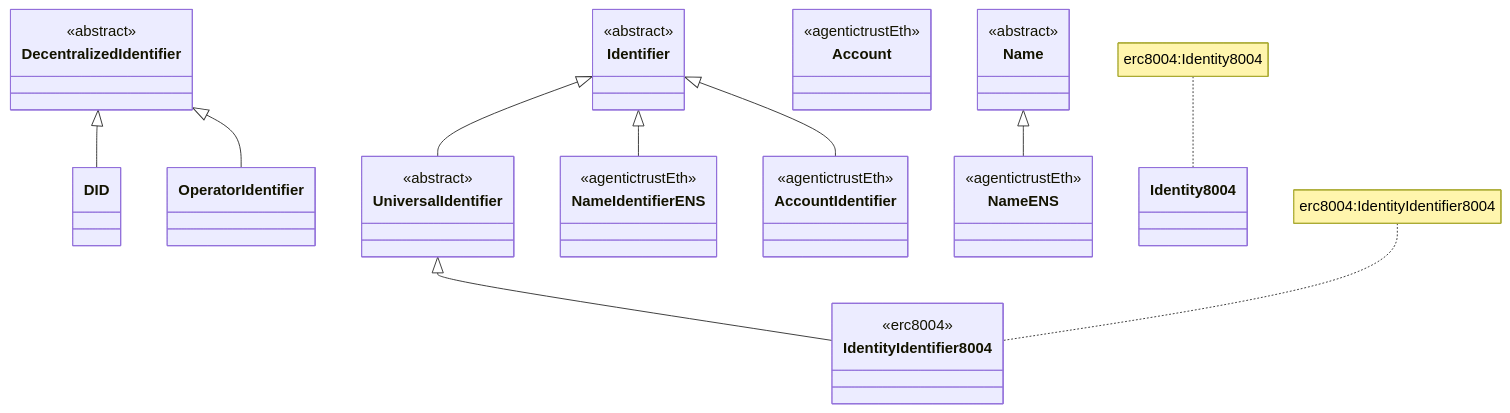
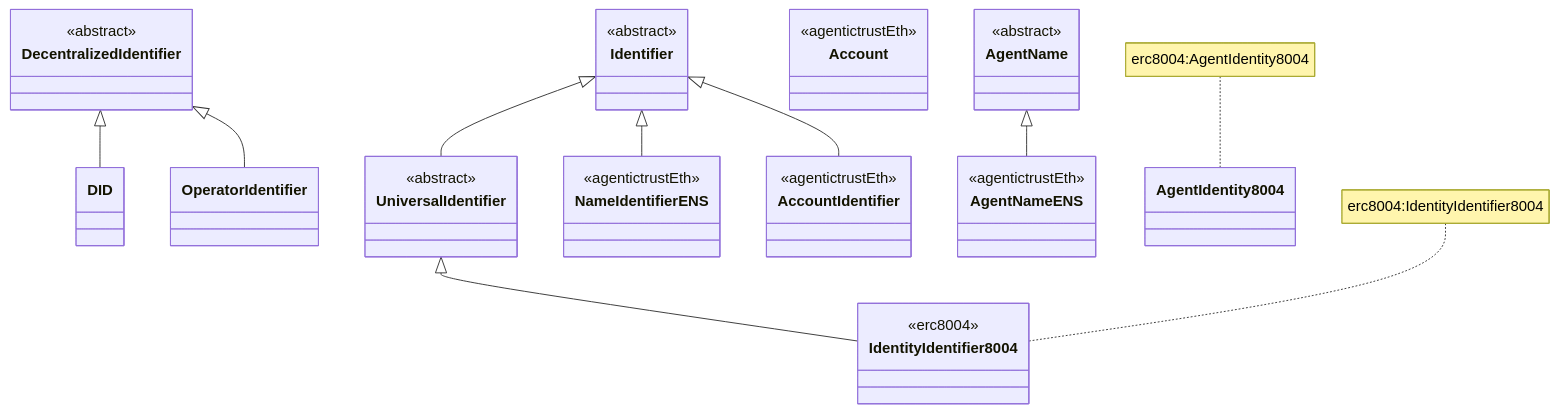
One commit to Agentic-Trust-Layer/agent-explorer changed the first of 6 diagrams in docs/ontology/identifiers.md. Above: the diagram before and after it, drawn with Mermaid. The commit also changed other lines of this file and 10 other files, not shown here.

Commit message:
update adding agent to front of Identity and Name

````diff
--- a/docs/ontology/identifiers.md
+++ b/docs/ontology/identifiers.md
@@ -43,47 +43,47 @@
 ```mermaid
 classDiagram
     class Identifier {
         <<abstract>>
     }
     class UniversalIdentifier {
         <<abstract>>
     }
     class DecentralizedIdentifier {
         <<abstract>>
     }
     class DID {
     }
     class OperatorIdentifier {
     }
     class IdentityIdentifier8004 {
         <<erc8004>>
     }
     class NameIdentifierENS {
         <<agentictrustEth>>
     }
     class AccountIdentifier {
         <<agentictrustEth>>
     }
     class Account {
         <<agentictrustEth>>
     }
-    class Name {
+    class AgentName {
         <<abstract>>
     }
-    class NameENS {
+    class AgentNameENS {
         <<agentictrustEth>>
     }
-    class Identity8004 {
+    class AgentIdentity8004 {
     }
     
     Identifier <|-- UniversalIdentifier
     Identifier <|-- NameIdentifierENS
     Identifier <|-- AccountIdentifier
     UniversalIdentifier <|-- IdentityIdentifier8004
     DecentralizedIdentifier <|-- DID
     DecentralizedIdentifier <|-- OperatorIdentifier
-    Name <|-- NameENS
+    AgentName <|-- AgentNameENS
     
     note for IdentityIdentifier8004 "erc8004:IdentityIdentifier8004"
-    note for Identity8004 "erc8004:Identity8004"
+    note for AgentIdentity8004 "erc8004:AgentIdentity8004"
 ```
````
